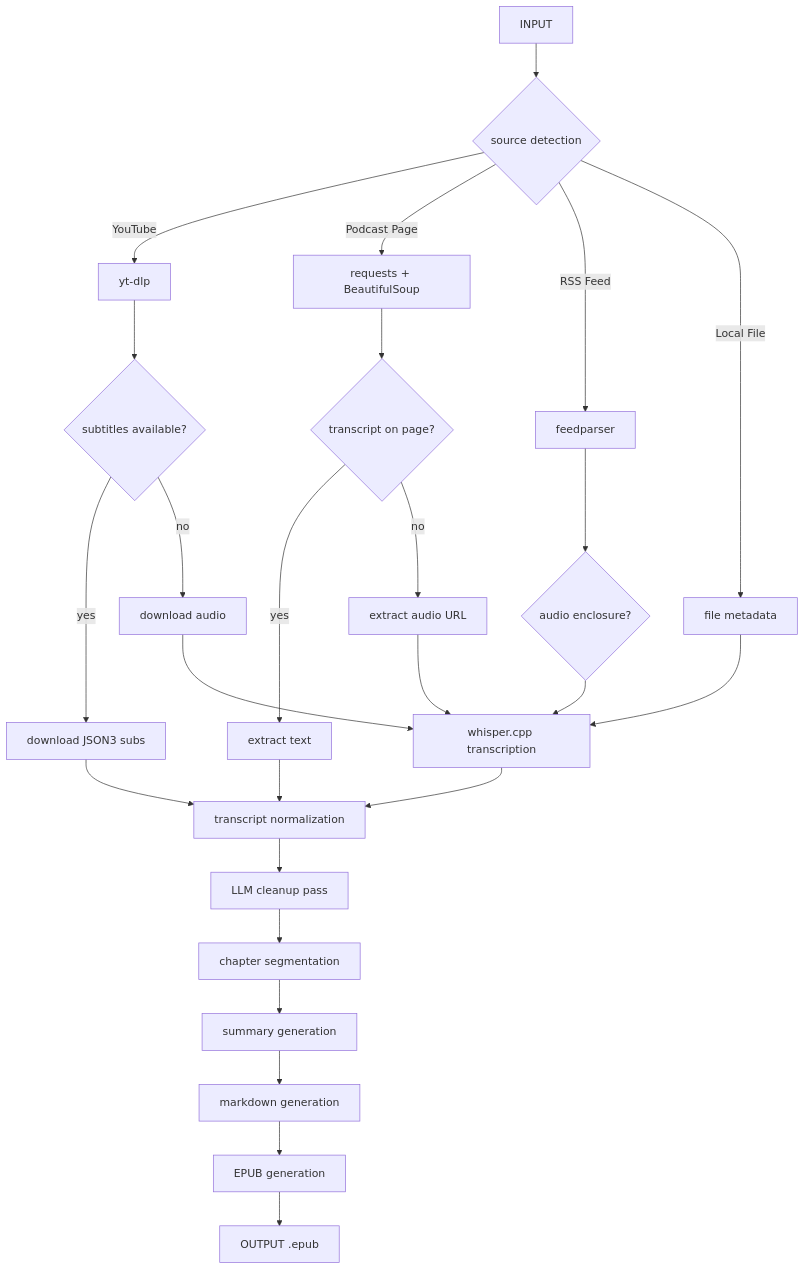
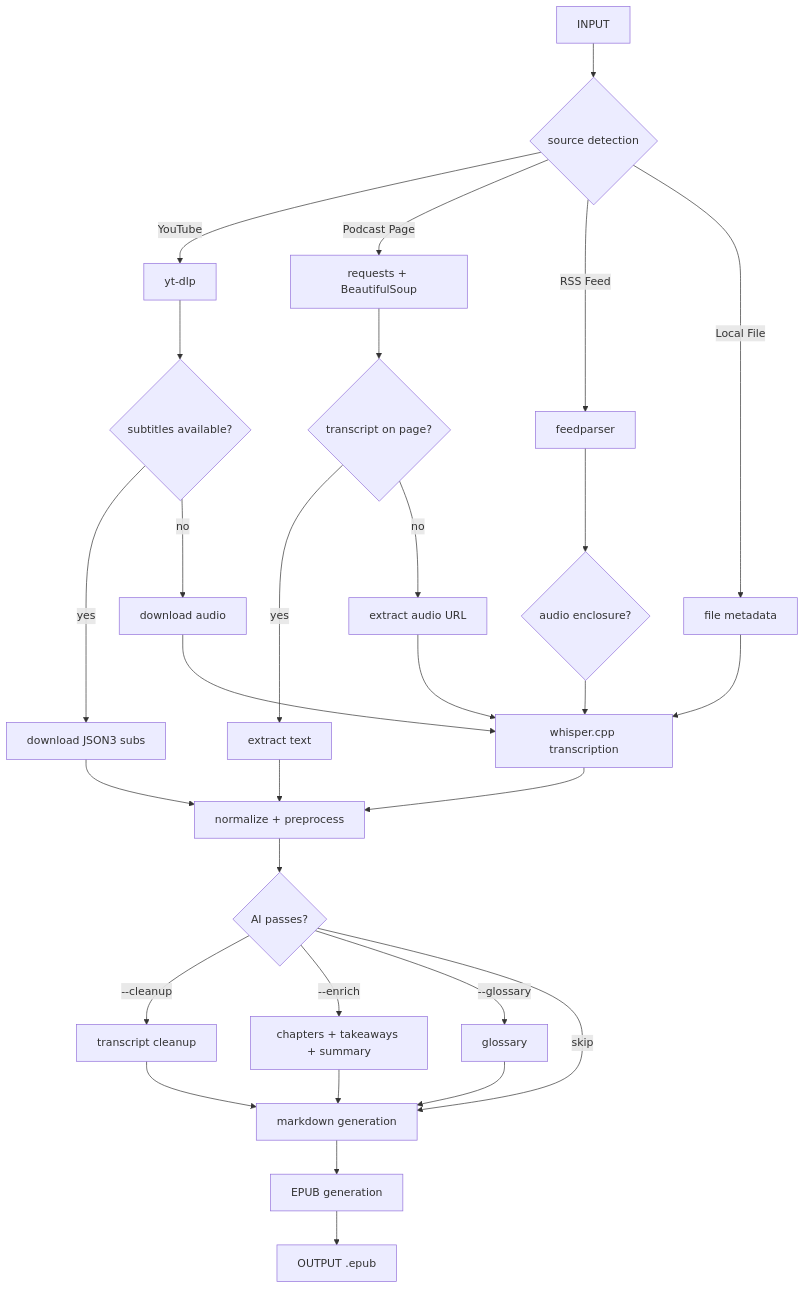
Before and after one commit to huajie06/to-text: the diagram in README.md, drawn with Mermaid. The commit also changed other lines of this file and 19 other files, not shown here.

````diff
--- a/README.md
+++ b/README.md
@@ -13,35 +13,39 @@
 ```mermaid
 flowchart TD
     A[INPUT] --> B{source detection}
     B -->|YouTube| C[yt-dlp]
     B -->|Podcast Page| D[requests + BeautifulSoup]
     B -->|RSS Feed| E[feedparser]
     B -->|Local File| F[file metadata]
 
     C --> G{subtitles available?}
     D --> H{transcript on page?}
     E --> I{audio enclosure?}
 
     G -->|yes| J[download JSON3 subs]
     G -->|no| K[download audio]
 
     H -->|yes| L[extract text]
     H -->|no| M[extract audio URL]
 
-    J --> O[transcript normalization]
+    J --> O[normalize + preprocess]
     K --> N[whisper.cpp transcription]
     M --> N
     I --> N
     F --> N
 
     N --> O
     L --> O
 
-    O --> P[LLM cleanup pass]
-    P --> Q[chapter segmentation]
-    Q --> R[summary generation]
+    O --> P{AI passes?}
+    P -->|--cleanup| Q[transcript cleanup]
+    P -->|--enrich| R[chapters + takeaways + summary]
+    P -->|--glossary| R2[glossary]
+    Q --> S[markdown generation]
+    R --> S
+    R2 --> S
+    P -->|skip| S
 
-    R --> S[markdown generation]
     S --> T[EPUB generation]
     T --> U[OUTPUT .epub]
 ```
````
